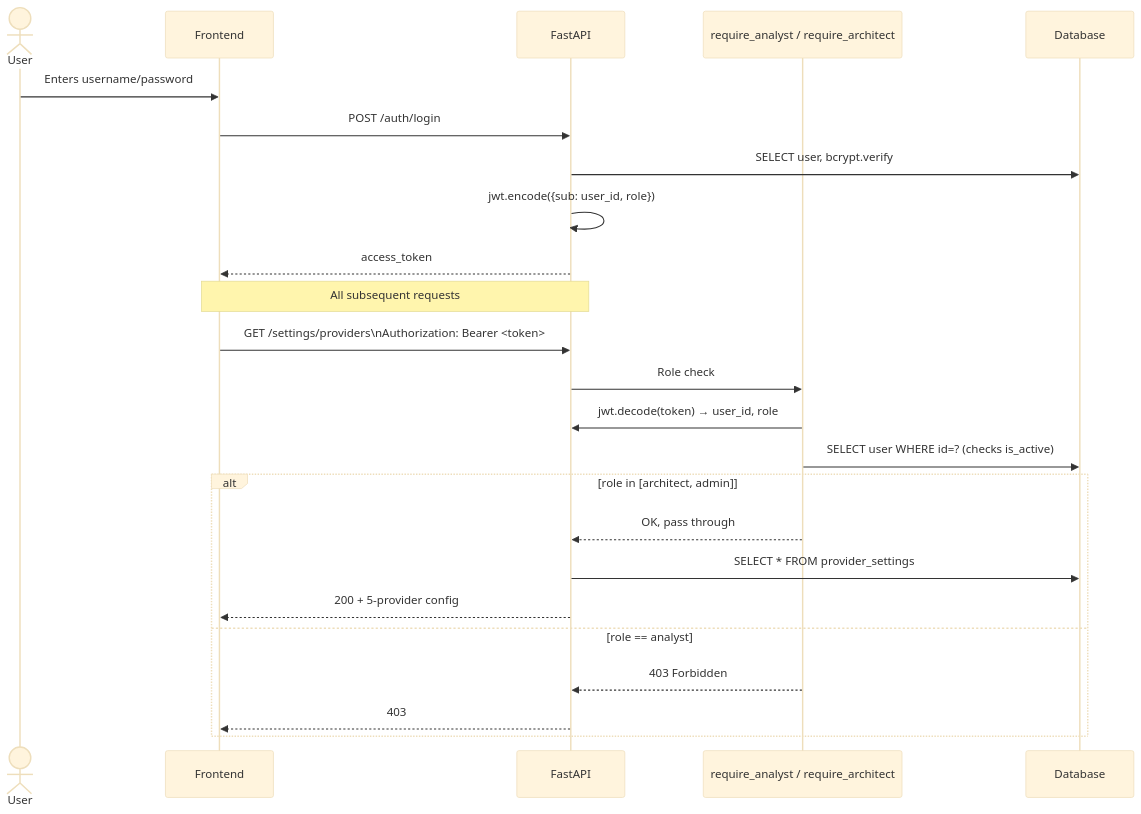
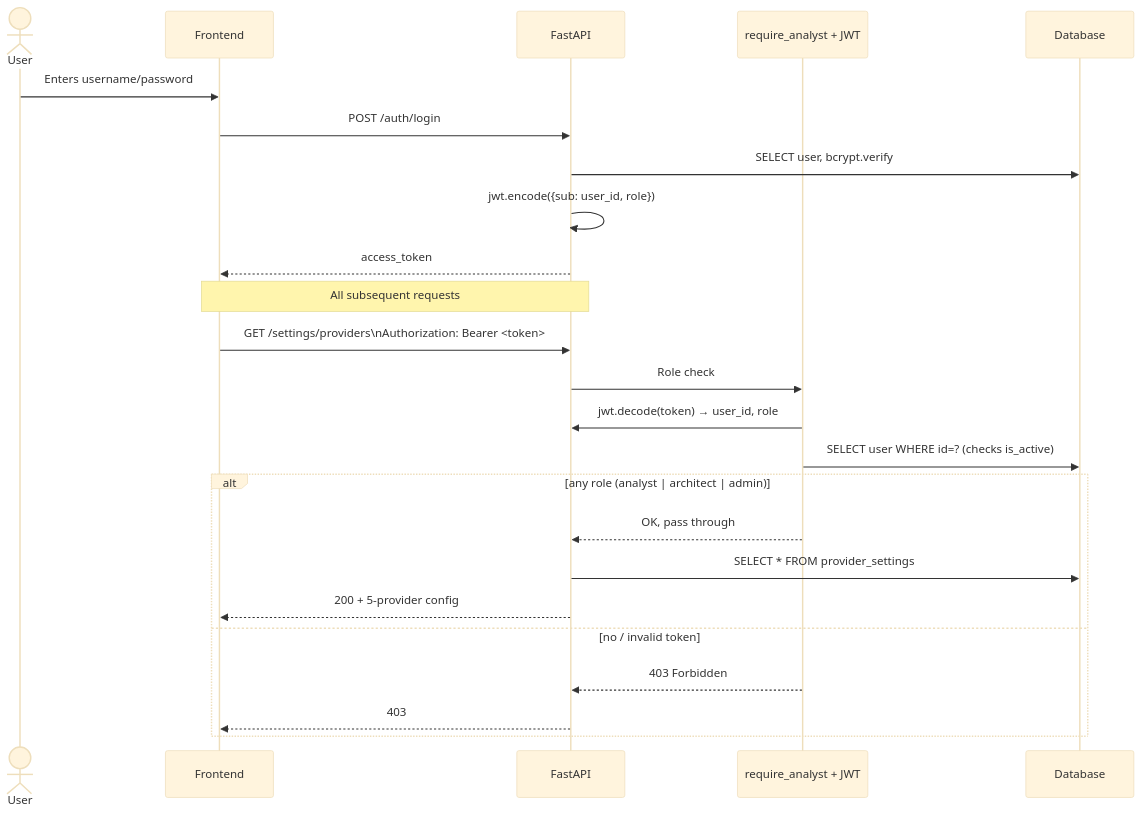
Before and after one commit to MatveiV/Analyst-Architect-AI: the second of 2 diagrams in docs/admin-guide-en.md, drawn with Mermaid (base theme). The commit also changed other lines of this file and 30 other files, not shown here.

````diff
--- a/docs/admin-guide-en.md
+++ b/docs/admin-guide-en.md
@@ -338,28 +338,28 @@
 ```mermaid
 sequenceDiagram
     actor U as User
     participant FE as Frontend
     participant API as FastAPI
-    participant Dep as require_analyst / require_architect
+    participant Dep as require_analyst + JWT
     participant DB as Database
 
     U->>FE: Enters username/password
     FE->>API: POST /auth/login
     API->>DB: SELECT user, bcrypt.verify
     API->>API: jwt.encode({sub: user_id, role})
     API-->>FE: access_token
 
     Note over FE,API: All subsequent requests
     FE->>API: GET /settings/providers\nAuthorization: Bearer <token>
     API->>Dep: Role check
     Dep->>API: jwt.decode(token) → user_id, role
     Dep->>DB: SELECT user WHERE id=? (checks is_active)
-    alt role in [architect, admin]
+    alt any role (analyst | architect | admin)
         Dep-->>API: OK, pass through
         API->>DB: SELECT * FROM provider_settings
         API-->>FE: 200 + 5-provider config
-    else role == analyst
+    else no / invalid token
         Dep-->>API: 403 Forbidden
         API-->>FE: 403
     end
 ```
````
